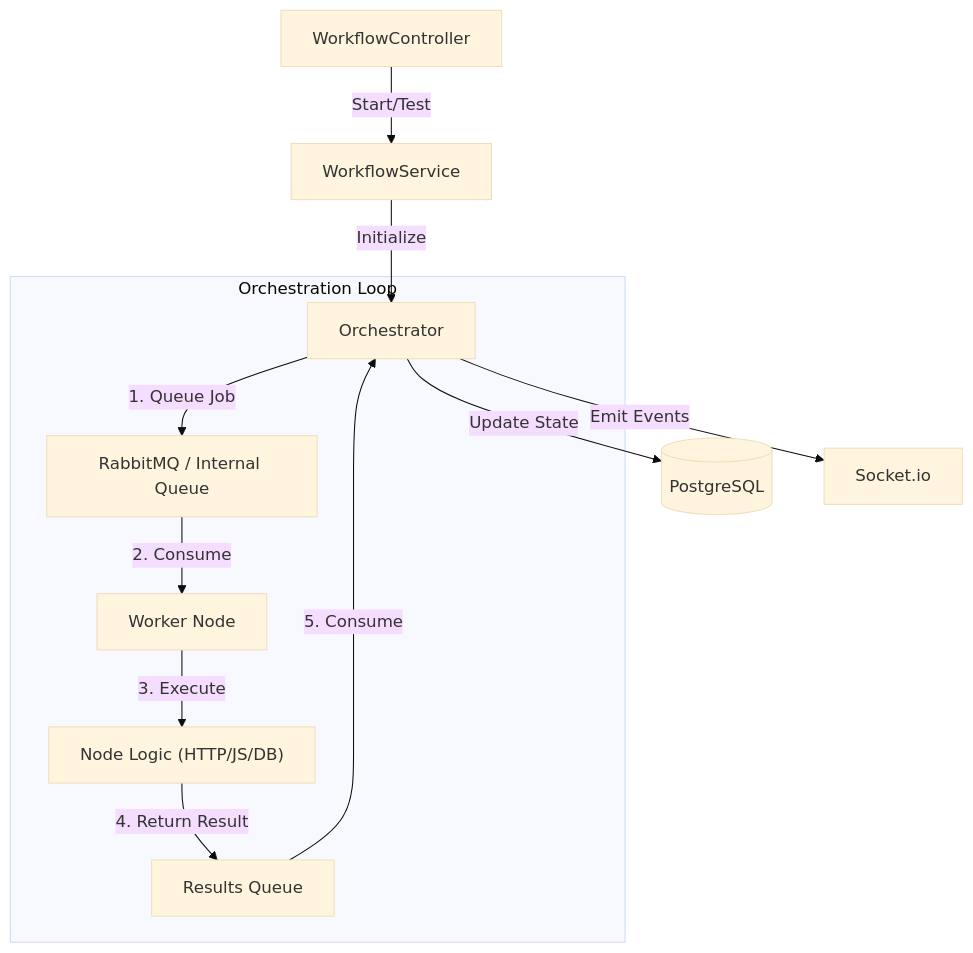
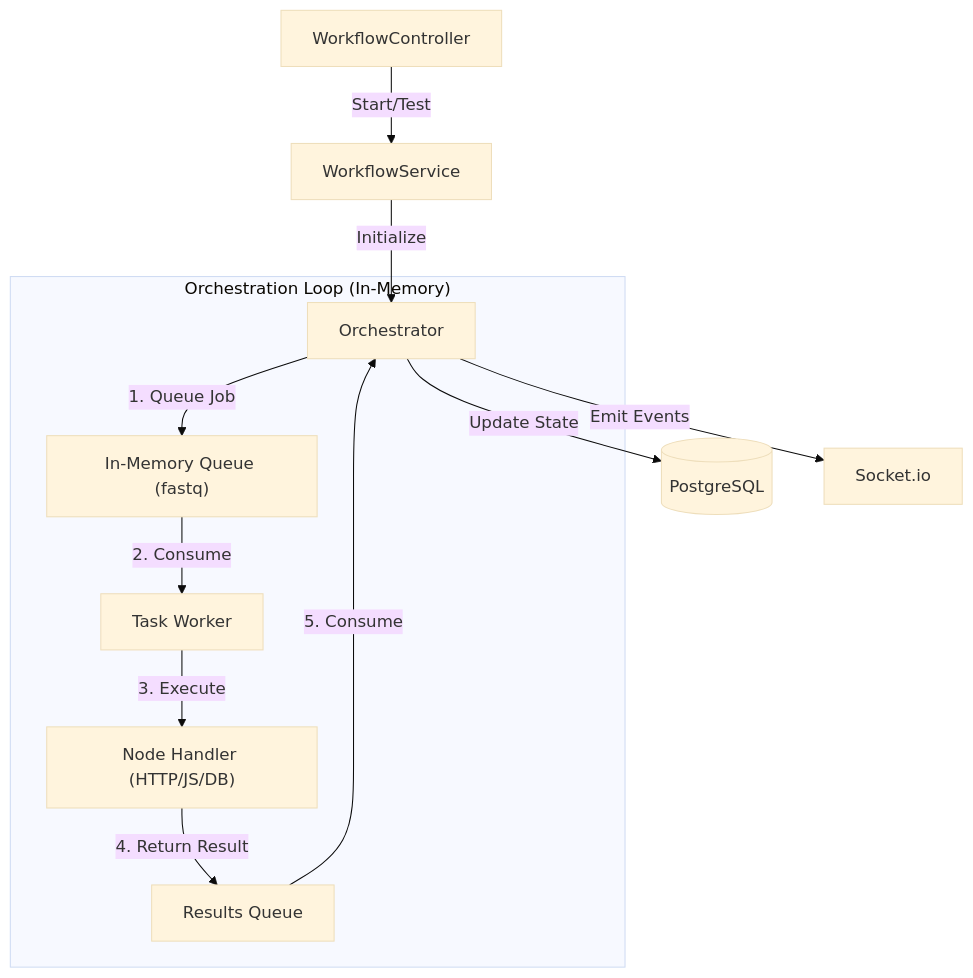
The diagram in docs/docs/features/workflow/backend.md (Jet-labs/jet-admin), drawn with Mermaid (base theme) before and after one commit. The commit also changed other lines of this file and 110 other files, not shown here.

````diff
--- a/docs/docs/features/workflow/backend.md
+++ b/docs/docs/features/workflow/backend.md
@@ -17,16 +17,16 @@
 ```mermaid
 flowchart TB
     API["WorkflowController"] -->|Start/Test| Service["WorkflowService"]
     Service -->|Initialize| Orch["Orchestrator"]
-    
-    subgraph "Orchestration Loop"
-        Orch -->|1. Queue Job| MQ["RabbitMQ / Internal Queue"]
-        MQ -->|2. Consume| Worker["Worker Node"]
-        Worker -->|3. Execute| Logic["Node Logic (HTTP/JS/DB)"]
+
+    subgraph "Orchestration Loop (In-Memory)"
+        Orch -->|1. Queue Job| MQ["In-Memory Queue (fastq)"]
+        MQ -->|2. Consume| Worker["Task Worker"]
+        Worker -->|3. Execute| Logic["Node Handler (HTTP/JS/DB)"]
         Logic -->|4. Return Result| ResultQueue["Results Queue"]
         ResultQueue -->|5. Consume| Orch
     end
-    
+
     Orch -->|Update State| DB[("PostgreSQL")]
     Orch -->|Emit Events| Socket["Socket.io"]
 ```
````
